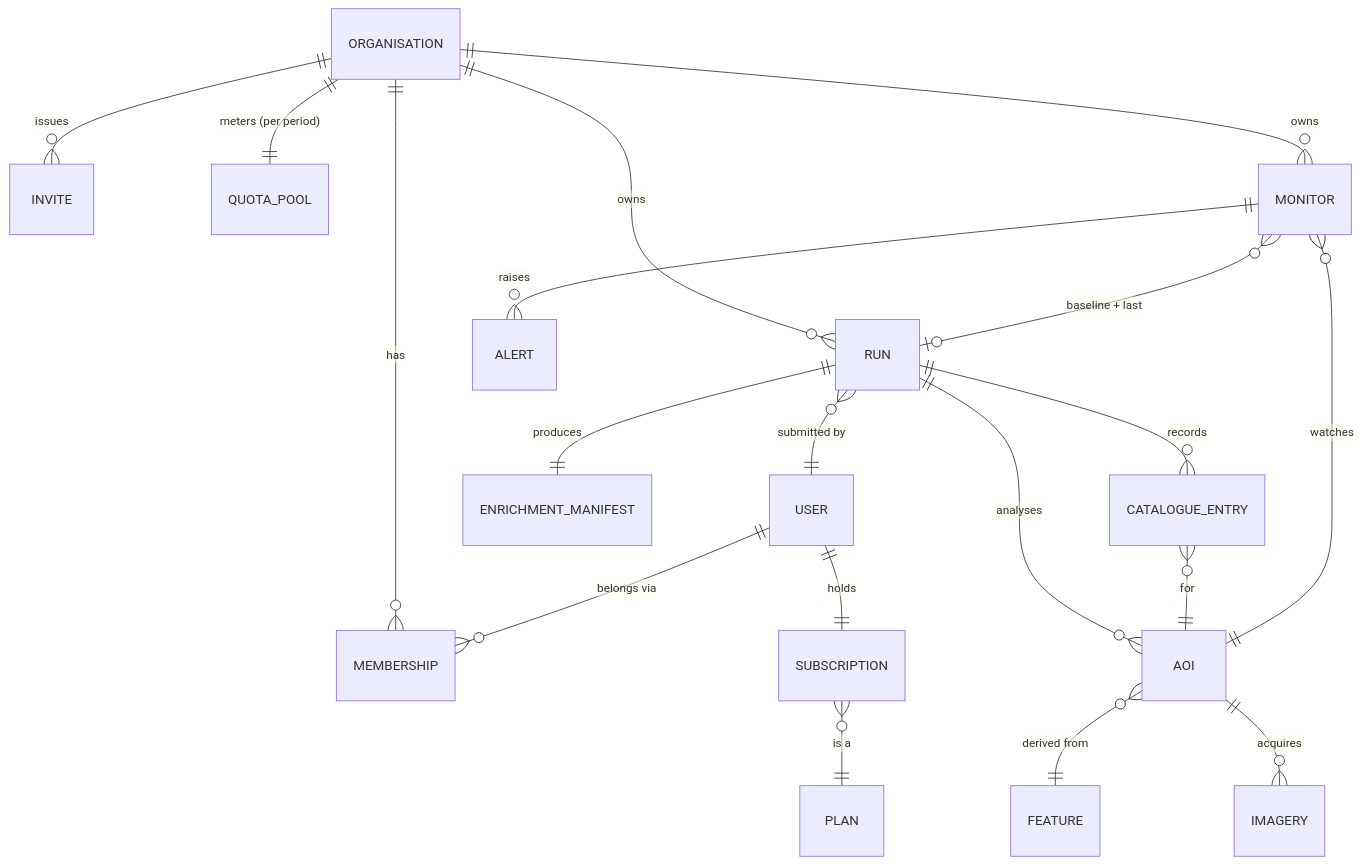
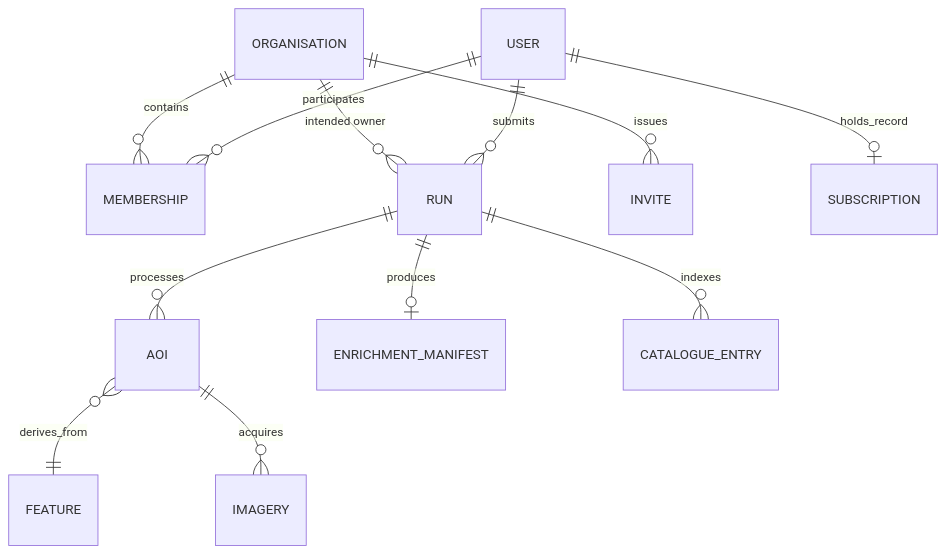
Before and after one commit to Hardcoreprawn/azure-workflow-for-kml-satellite: the diagram in docs/DATA_MODEL.md, drawn with Mermaid. The commit also changed other lines of this file and 18 other files, not shown here.

````diff
--- a/docs/DATA_MODEL.md
+++ b/docs/DATA_MODEL.md
@@ -76,21 +16,14 @@
 ```mermaid
 erDiagram
-    ORGANISATION ||--o{ MEMBERSHIP : has
-    USER         ||--o{ MEMBERSHIP : "belongs via"
+    ORGANISATION ||--o{ MEMBERSHIP : contains
+    USER ||--o{ MEMBERSHIP : participates
+    ORGANISATION ||--o{ RUN : "intended owner"
+    USER ||--o{ RUN : submits
+    RUN ||--o{ AOI : processes
+    AOI }o--|| FEATURE : derives_from
+    AOI ||--o{ IMAGERY : acquires
+    RUN ||--o| ENRICHMENT_MANIFEST : produces
+    RUN ||--o{ CATALOGUE_ENTRY : indexes
     ORGANISATION ||--o{ INVITE : issues
-    USER         ||--|| SUBSCRIPTION : holds
-    SUBSCRIPTION }o--|| PLAN : "is a"
-    ORGANISATION ||--|| QUOTA_POOL : "meters (per period)"
-    ORGANISATION ||--o{ RUN : owns
-    RUN          }o--|| USER : "submitted by"
-    RUN          ||--o{ AOI : analyses
-    AOI          }o--|| FEATURE : "derived from"
-    AOI          ||--o{ IMAGERY : acquires
-    RUN          ||--|| ENRICHMENT_MANIFEST : produces
-    RUN          ||--o{ CATALOGUE_ENTRY : records
-    CATALOGUE_ENTRY }o--|| AOI : "for"
-    ORGANISATION ||--o{ MONITOR : owns
-    MONITOR      }o--|| AOI : watches
-    MONITOR      ||--o{ ALERT : raises
-    MONITOR      }o--o| RUN : "baseline + last"
+    USER ||--o| SUBSCRIPTION : holds_record
 ```
````
